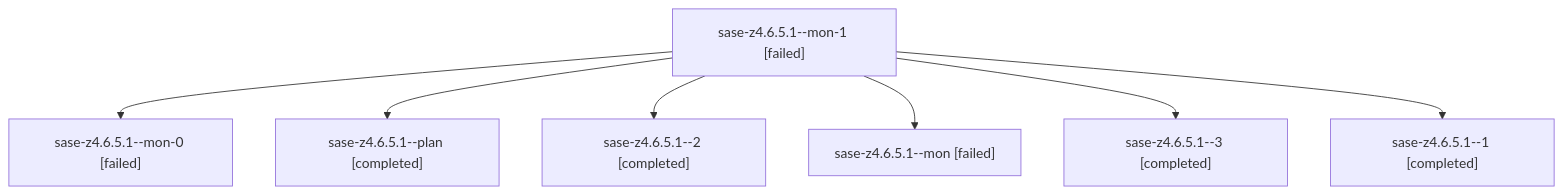
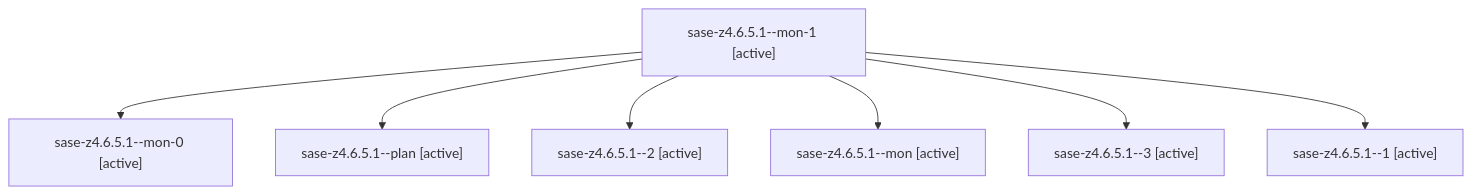
Before and after one commit to sase-org/sase--agents: the diagram in families/bbugyi200.athena.sase-z4.6.5.1.md, drawn with Mermaid. The commit also changed other lines of this file and 35830 other files, not shown here.

````diff
--- a/families/bbugyi200.athena.sase-z4.6.5.1.md
+++ b/families/bbugyi200.athena.sase-z4.6.5.1.md
@@ -9,16 +9,16 @@
 ```mermaid
 flowchart TD
-  n0["sase-z4.6.5.1--mon-1 [failed]"]
-  n1["sase-z4.6.5.1--mon-0 [failed]"]
+  n0["sase-z4.6.5.1--mon-1 [active]"]
+  n1["sase-z4.6.5.1--mon-0 [active]"]
   n0 --> n1
-  n2["sase-z4.6.5.1--plan [completed]"]
+  n2["sase-z4.6.5.1--plan [active]"]
   n0 --> n2
-  n3["sase-z4.6.5.1--2 [completed]"]
+  n3["sase-z4.6.5.1--2 [active]"]
   n0 --> n3
-  n4["sase-z4.6.5.1--mon [failed]"]
+  n4["sase-z4.6.5.1--mon [active]"]
   n0 --> n4
-  n5["sase-z4.6.5.1--3 [completed]"]
+  n5["sase-z4.6.5.1--3 [active]"]
   n0 --> n5
-  n6["sase-z4.6.5.1--1 [completed]"]
+  n6["sase-z4.6.5.1--1 [active]"]
   n0 --> n6
 ```
````
